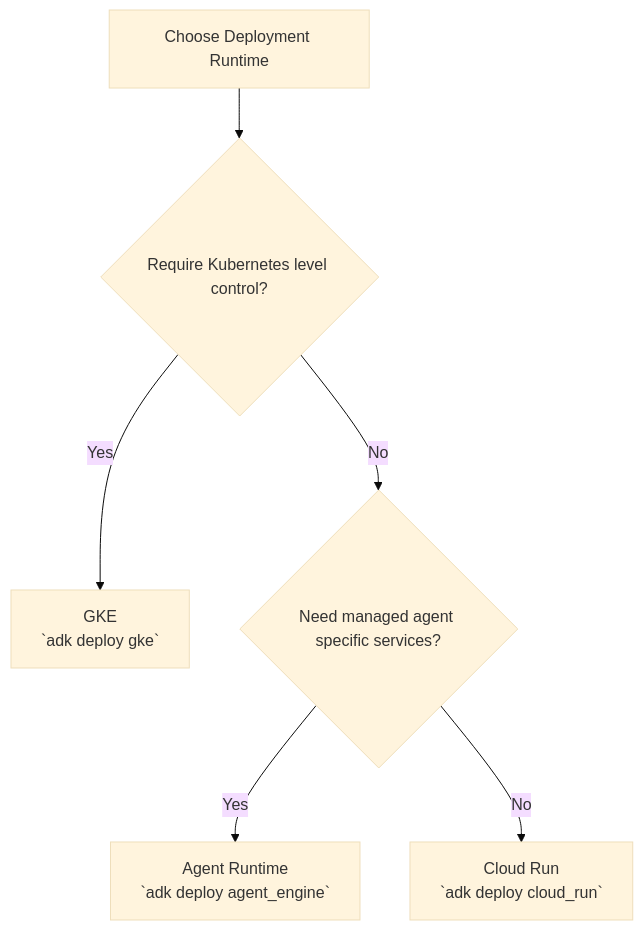
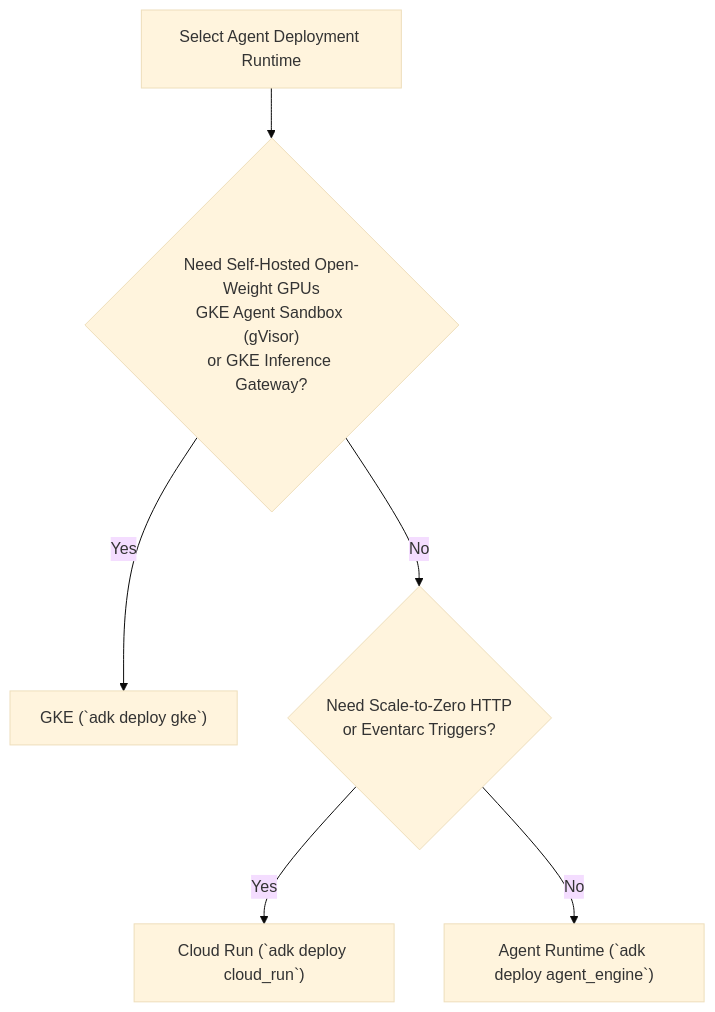
The third of 4 diagrams in STUDY_GUIDE.md (cmanikandan/gcp-certification-professional-agentic-architect), drawn with Mermaid (base theme) before and after one commit. The commit also changed other lines of this file and 24 other files, not shown here.

Commit message:
feat: add Labs 19-20 (GKE Inference Gateway, GPU serving, AI Threat Defense) and expand practice exam to 75 questions

````diff
--- a/STUDY_GUIDE.md
+++ b/STUDY_GUIDE.md
@@ -105,8 +121,8 @@
 ```mermaid
 graph TD
-    Start[Choose Deployment Runtime] --> Q1{Require Kubernetes level control?}
-    Q1 -- Yes --> GKE[GKE <br> `adk deploy gke`]
-    Q1 -- No --> Q2{Need managed agent specific services?}
-    Q2 -- Yes --> AE[Agent Runtime <br> `adk deploy agent_engine`]
-    Q2 -- No --> CR[Cloud Run <br> `adk deploy cloud_run`]
+    Start["Select Agent Deployment Runtime"] --> Q1{"Need Self-Hosted Open-Weight GPUs<br/>GKE Agent Sandbox (gVisor)<br/>or GKE Inference Gateway?"}
+    Q1 -- "Yes" --> GKE["GKE (`adk deploy gke`)"]
+    Q1 -- "No" --> Q2{"Need Scale-to-Zero HTTP<br/>or Eventarc Triggers?"}
+    Q2 -- "Yes" --> CR["Cloud Run (`adk deploy cloud_run`)"]
+    Q2 -- "No" --> AE["Agent Runtime (`adk deploy agent_engine`)"]
 ```
````
